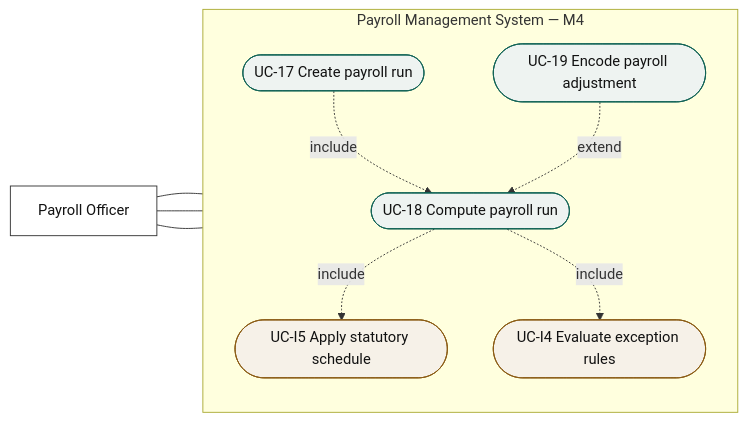
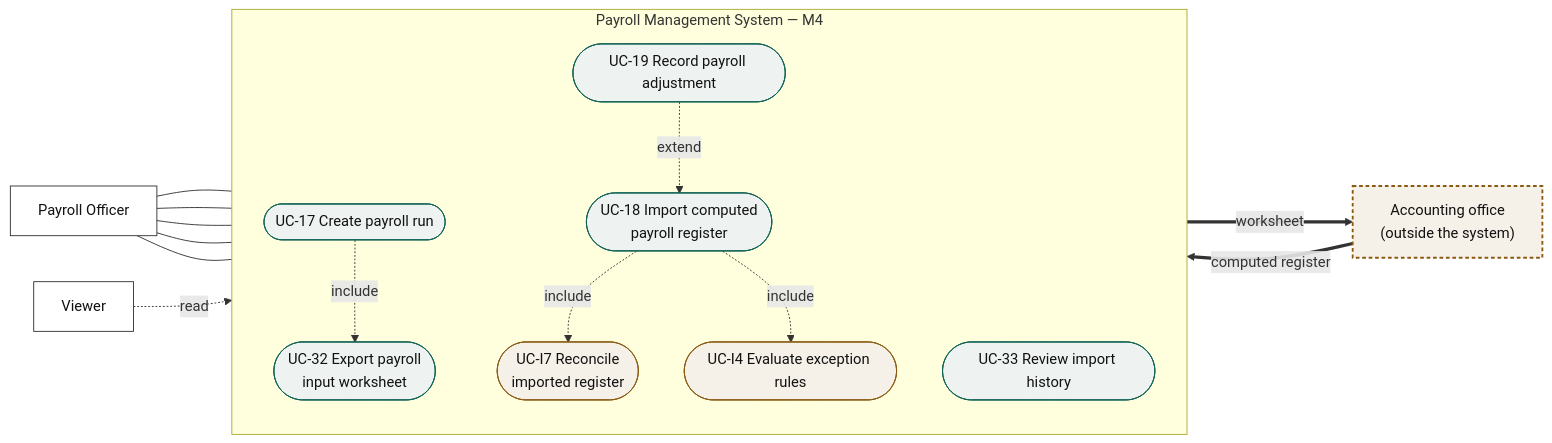
The fifth of 8 diagrams in docs/use-case-model.md (rjfat/municipal-payroll-system), drawn with Mermaid before and after one commit. The commit also changed other lines of this file and 9 other files, not shown here.

````diff
--- a/docs/use-case-model.md
+++ b/docs/use-case-model.md
@@ -340,29 +348,45 @@
 ```mermaid
 flowchart LR
     PO["Payroll Officer"]
+    VW["Viewer"]
+    ACC["Accounting office
+    (outside the system)"]
 
     subgraph SYS["Payroll Management System — M4"]
         direction TB
         UC17(["UC-17 Create payroll run"])
-        UC18(["UC-18 Compute payroll run"])
-        UC19(["UC-19 Encode payroll adjustment"])
+        UC32(["UC-32 Export payroll
+        input worksheet"])
+        UC18(["UC-18 Import computed
+        payroll register"])
+        UC33(["UC-33 Review import history"])
+        UC19(["UC-19 Record payroll adjustment"])
+        I7(["UC-I7 Reconcile
+        imported register"])
         I4(["UC-I4 Evaluate exception rules"])
-        I5(["UC-I5 Apply statutory schedule"])
     end
 
     PO --- UC17
+    PO --- UC32
     PO --- UC18
+    PO --- UC33
     PO --- UC19
+    VW -.->|read| UC33
 
-    UC17 -.->|include| UC18
-    UC18 -.->|include| I5
+    UC17 -.->|include| UC32
+    UC18 -.->|include| I7
     UC18 -.->|include| I4
     UC19 -.->|extend| UC18
 
+    UC32 ==>|worksheet| ACC
+    ACC ==>|computed register| UC18
+
     classDef actor fill:#ffffff,stroke:#333,stroke-width:1px,color:#111;
+    classDef ext fill:#f6f1e8,stroke:#8A5A12,stroke-width:2px,stroke-dasharray:4 3,color:#111;
     classDef uc fill:#eef3f1,stroke:#0F6154,stroke-width:1px,color:#111;
     classDef inc fill:#f6f1e8,stroke:#8A5A12,stroke-width:1px,color:#111;
-    class PO actor;
-    class UC17,UC18,UC19 uc;
-    class I4,I5 inc;
+    class PO,VW actor;
+    class ACC ext;
+    class UC17,UC32,UC18,UC33,UC19 uc;
+    class I4,I7 inc;
 ```
````
